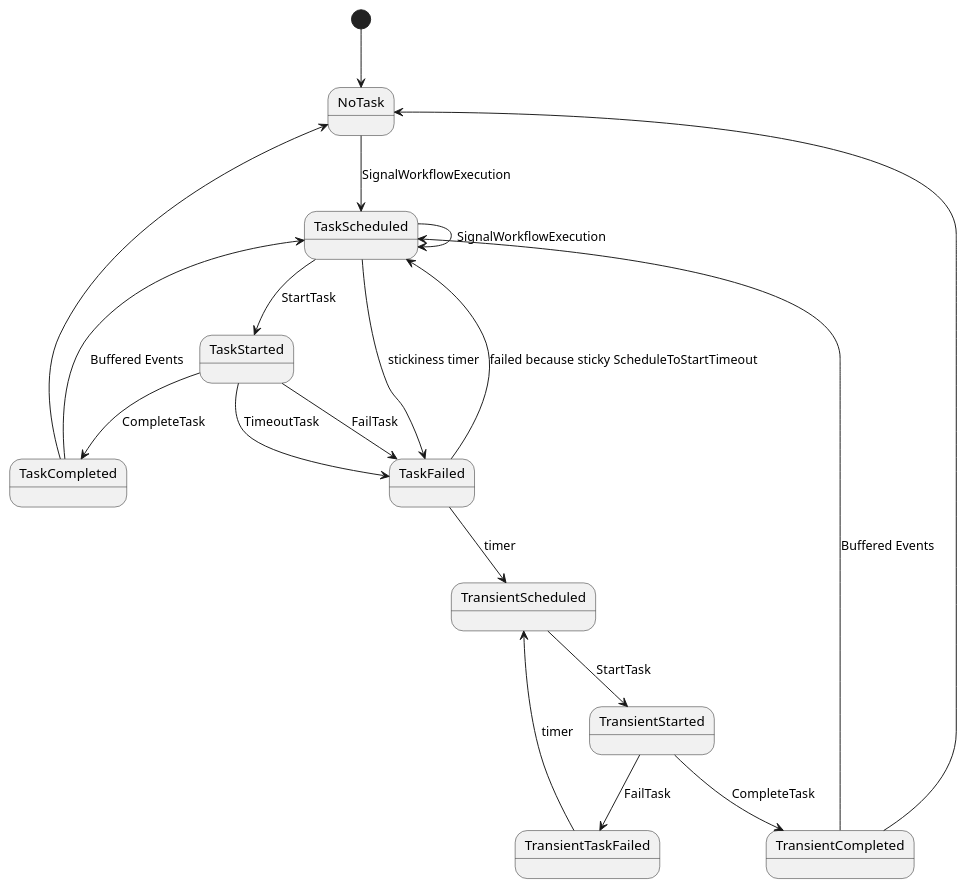
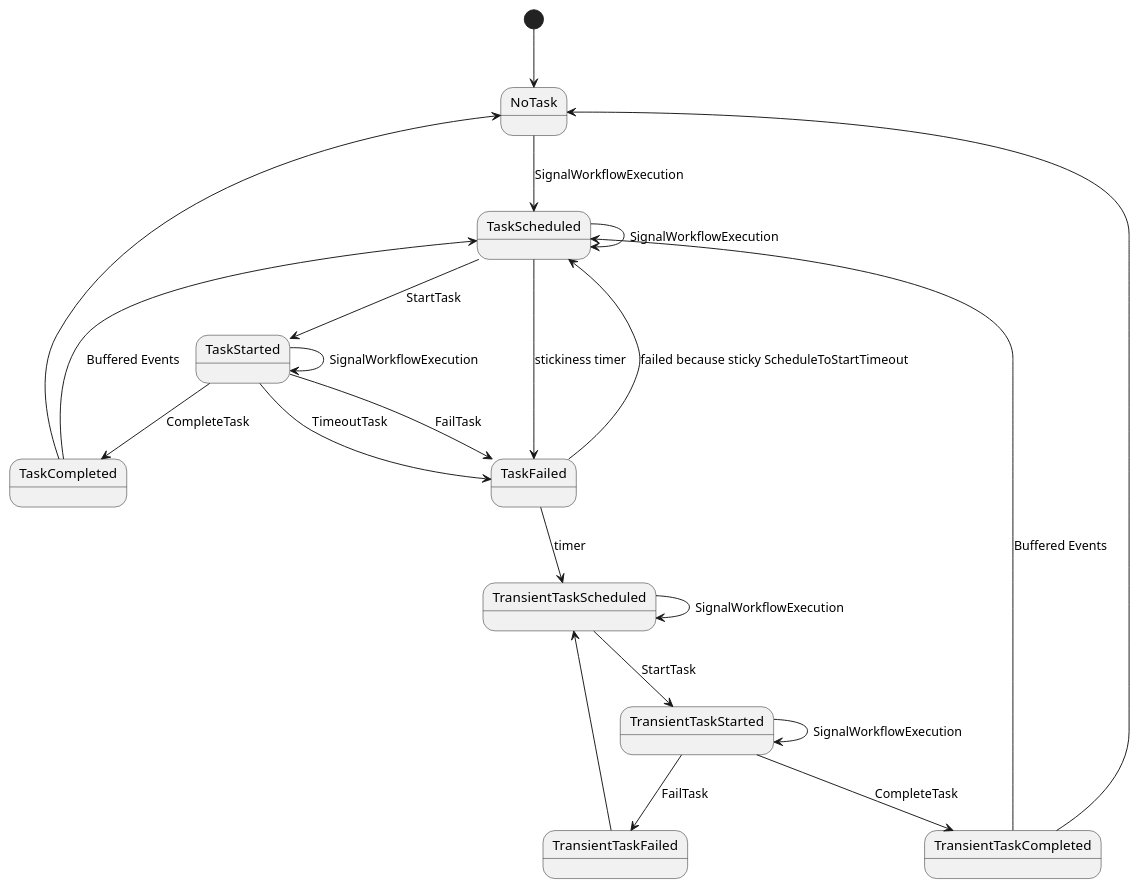
The diagram in docs/decisionStateDiagram.puml (mfateev/cadence), drawn with PlantUML before and after one commit.

Commit message:
Updated decisionStateDiagram

```diff
--- a/docs/decisionStateDiagram.puml
+++ b/docs/decisionStateDiagram.puml
@@ -1,25 +1,31 @@
 @startuml
 
 [*] --> NoTask
 NoTask --> TaskScheduled: SignalWorkflowExecution
 TaskScheduled --> TaskStarted: StartTask
 TaskScheduled --> TaskScheduled: SignalWorkflowExecution
 TaskScheduled --> TaskFailed: stickiness timer
 TaskStarted --> TaskCompleted: CompleteTask
 TaskStarted --> TaskFailed: FailTask
 TaskStarted --> TaskFailed: TimeoutTask
-TaskFailed --> TransientScheduled: timer
+TaskStarted --> TaskStarted: SignalWorkflowExecution
+
+TaskFailed --> TransientTaskScheduled: timer
 TaskFailed --> TaskScheduled: failed because sticky ScheduleToStartTimeout
 
-
-   TransientScheduled --> TransientStarted: StartTask
-   TransientStarted --> TransientTaskFailed: FailTask
-   TransientTaskFailed --> TransientScheduled: timer
-   TransientStarted --> TransientCompleted: CompleteTask
-   TransientCompleted --> NoTask
-   TaskCompleted --> TaskScheduled: Buffered Events
-   TransientCompleted --> TaskScheduled: Buffered Events
-
+TaskCompleted --> TaskScheduled: Buffered Events
 TaskCompleted --> NoTask
 
+TransientTaskScheduled --> TransientTaskStarted: StartTask
+TransientTaskScheduled --> TransientTaskScheduled: SignalWorkflowExecution
+
+TransientTaskStarted --> TransientTaskFailed: FailTask
+TransientTaskStarted --> TransientTaskCompleted: CompleteTask
+TransientTaskStarted --> TransientTaskStarted: SignalWorkflowExecution
+
+TransientTaskFailed --> TransientTaskScheduled
+
+TransientTaskCompleted --> NoTask
+TransientTaskCompleted --> TaskScheduled: Buffered Events
+
 @enduml
```
